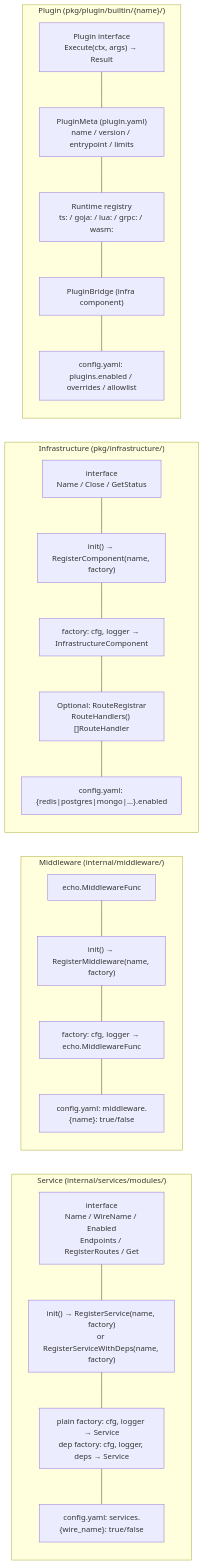
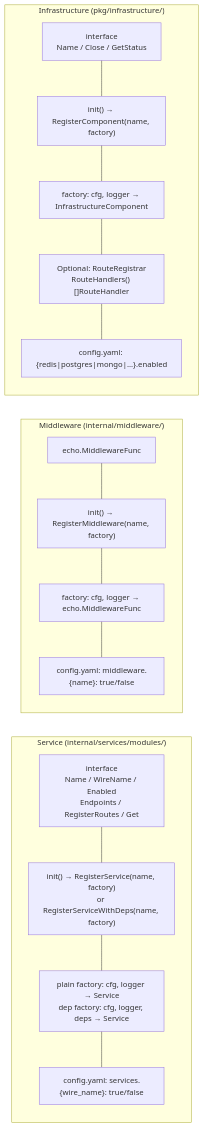
One commit to diameter-tscd/stackyrd changed the third of 8 diagrams in DESIGN.md. Above: the diagram before and after it, drawn with Mermaid. The commit also changed other lines of this file and 6 other files, not shown here.

````diff
--- a/DESIGN.md
+++ b/DESIGN.md
@@ -107,37 +94,28 @@
 ```mermaid
 flowchart LR
     subgraph Service["Service (internal/services/modules/)"]
         S1["interface<br/>Name / WireName / Enabled<br/>Endpoints / RegisterRoutes / Get"]
         S2["init() → RegisterService(name, factory)<br/>or RegisterServiceWithDeps(name, factory)"]
         S3["plain factory: cfg, logger → Service<br/>dep factory: cfg, logger, deps → Service"]
         S4["config.yaml: services.{wire_name}: true/false"]
     end
 
     subgraph Middleware["Middleware (internal/middleware/)"]
         M1["echo.MiddlewareFunc"]
         M2["init() → RegisterMiddleware(name, factory)"]
         M3["factory: cfg, logger → echo.MiddlewareFunc"]
         M4["config.yaml: middleware.{name}: true/false"]
     end
 
     subgraph Infra["Infrastructure (pkg/infrastructure/)"]
         I1["interface<br/>Name / Close / GetStatus"]
         I2["init() → RegisterComponent(name, factory)"]
         I3["factory: cfg, logger → InfrastructureComponent"]
         I4["Optional: RouteRegistrar<br/>RouteHandlers() []RouteHandler"]
         I5["config.yaml: {redis|postgres|mongo|...}.enabled"]
     end
 
-    subgraph Plugin["Plugin (pkg/plugin/builtin/{name}/)"]
-        P1["Plugin interface<br/>Execute(ctx, args) → Result"]
-        P2["PluginMeta (plugin.yaml)<br/>name / version / entrypoint / limits"]
-        P3["Runtime registry<br/>ts: / goja: / lua: / grpc: / wasm:"]
-        P4["PluginBridge (infra component)"]
-        P5["config.yaml: plugins.enabled / overrides / allowlist"]
-    end
-
     S1 --- S2 --- S3 --- S4
     M1 --- M2 --- M3 --- M4
     I1 --- I2 --- I3 --- I4 --- I5
-    P1 --- P2 --- P3 --- P4 --- P5
 ```
````
